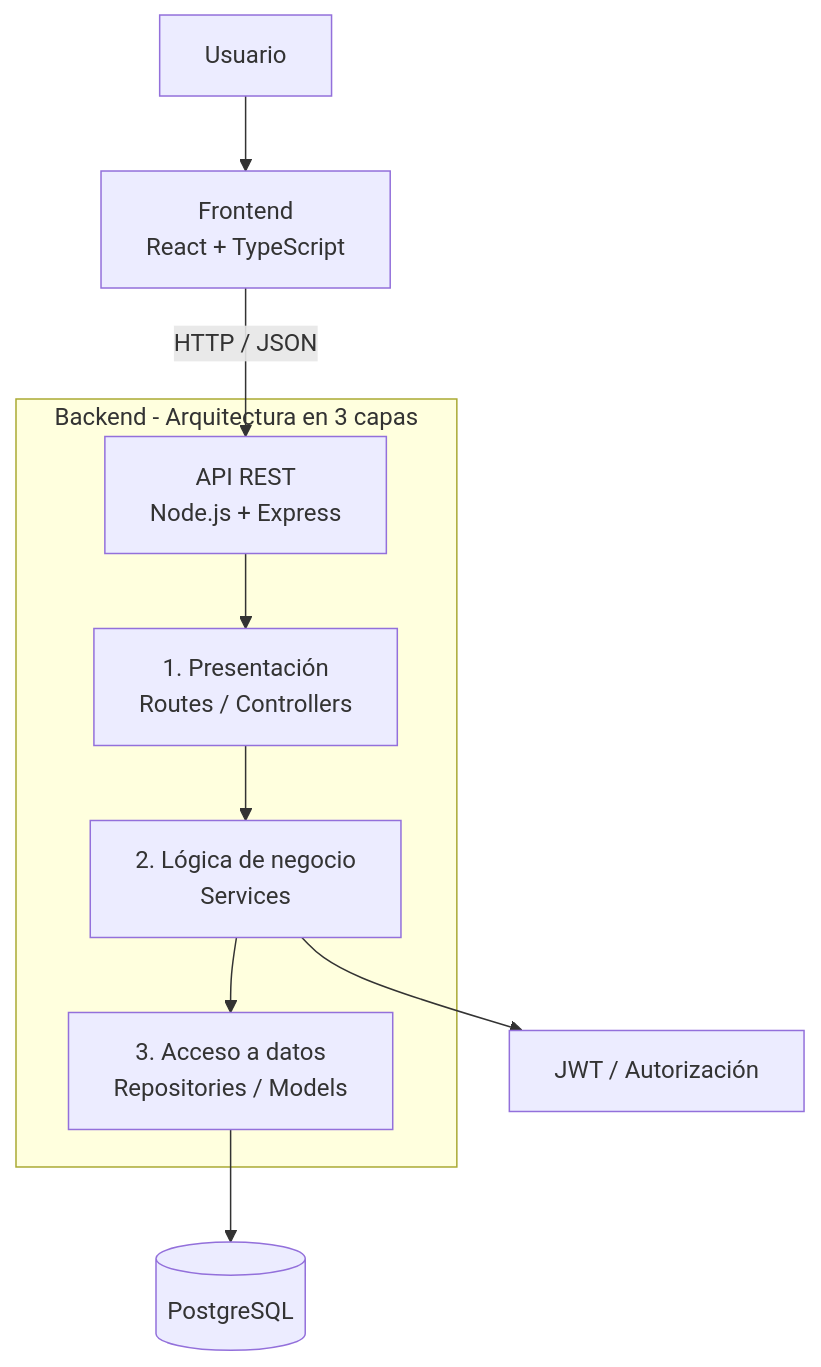
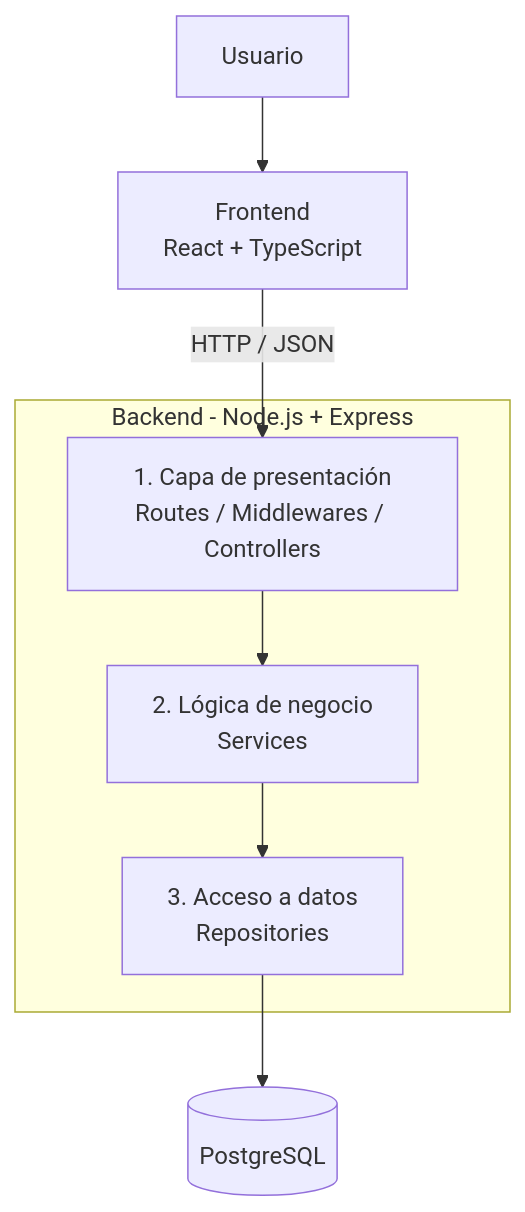
The first of 2 diagrams in docs/arquitectura/01-arquitectura-general.md (NicolasArrastia/UTN-TFI), drawn with Mermaid before and after one commit. The commit also changed other lines of this file, not shown here.

Commit message:
docs(arquitectura): clarify layers and document RBAC access

````diff
--- a/docs/arquitectura/01-arquitectura-general.md
+++ b/docs/arquitectura/01-arquitectura-general.md
@@ -15,15 +15,15 @@
 ```mermaid
 flowchart TB
     U[Usuario] --> F[Frontend<br/>React + TypeScript]
-    F -->|HTTP / JSON| API[API REST<br/>Node.js + Express]
+    F -->|HTTP / JSON| P
 
-    subgraph Backend["Backend - Arquitectura en 3 capas"]
-        API --> C[1. Presentación<br/>Routes / Controllers]
-        C --> S[2. Lógica de negocio<br/>Services]
-        S --> R[3. Acceso a datos<br/>Repositories / Models]
+    subgraph B["Backend - Node.js + Express"]
+        P[1. Capa de presentación<br/>Routes / Middlewares / Controllers]
+        S[2. Lógica de negocio<br/>Services]
+        R[3. Acceso a datos<br/>Repositories]
+        P --> S
+        S --> R
     end
 
     R --> DB[(PostgreSQL)]
-
-    S --> AUTH[JWT / Autorización]
 ```
````
